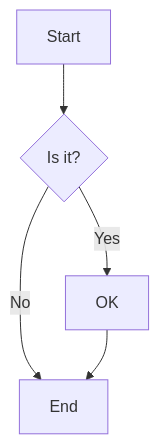
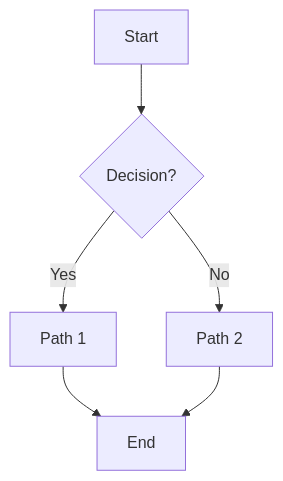
Before and after one commit to aydabd/sys-design-diagram: the diagram in MERMAID.md, drawn with Mermaid. The commit also changed other lines of this file and 13 other files, not shown here.

Commit message:
fix the mermaid implementation with docker file

````diff
--- a/MERMAID.md
+++ b/MERMAID.md
@@ -54,7 +46,8 @@
 ```mermaid
 graph TD
-    A[Start] --> B{Is it?}
-    B -->|Yes| C[OK]
-    B -->|No| D[End]
-    C --> D
+  A[Start] --> B{Decision?}
+  B -->|Yes| C[Path 1]
+  B -->|No| D[Path 2]
+  C --> E[End]
+  D --> E
 ```
````
